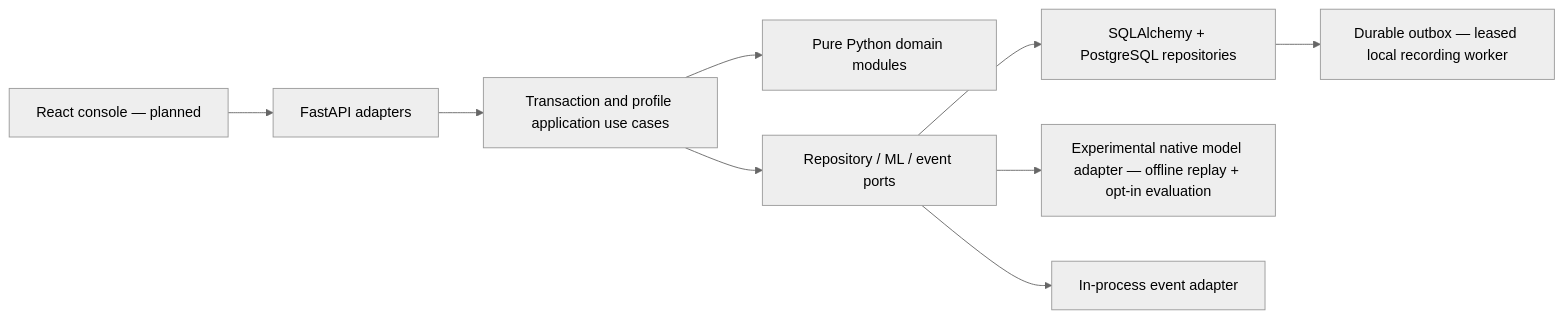
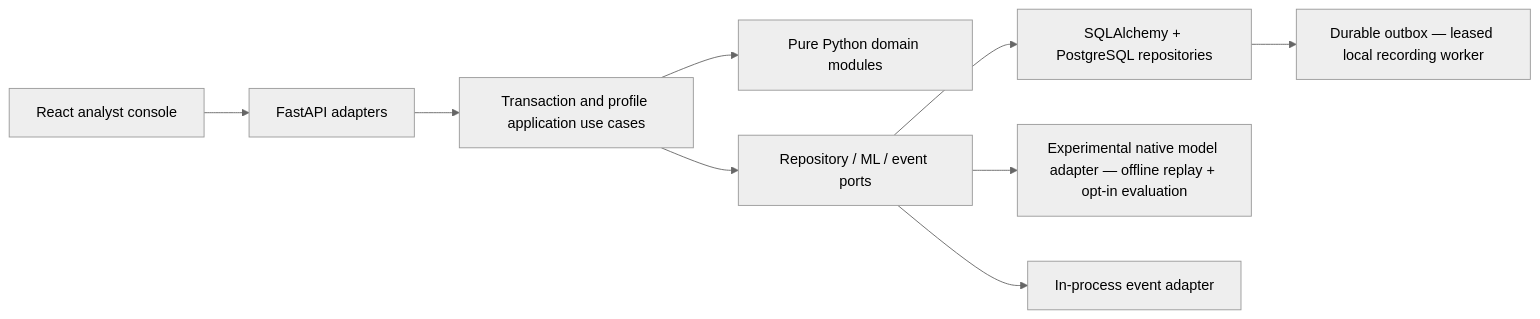
One commit to nuchaaa/FraudLens changed the diagram in README.md. Above: the diagram before and after it, drawn with Mermaid (neutral theme). The commit also changed other lines of this file and 40 other files, not shown here.

Commit message:
Add scoped local analyst console

````diff
--- a/README.md
+++ b/README.md
@@ -68,11 +72,11 @@
 ```mermaid
 flowchart LR
-    UI[React console — planned] --> HTTP[FastAPI adapters]
+    UI[React analyst console] --> HTTP[FastAPI adapters]
     HTTP --> UC[Transaction and profile application use cases]
     UC --> D[Pure Python domain modules]
     UC --> P[Repository / ML / event ports]
     P --> DB[SQLAlchemy + PostgreSQL repositories]
     P --> ML[Experimental native model adapter — offline replay + opt-in evaluation]
     P --> EV[In-process event adapter]
     DB --> OB[Durable outbox — leased local recording worker]
 ```
````
